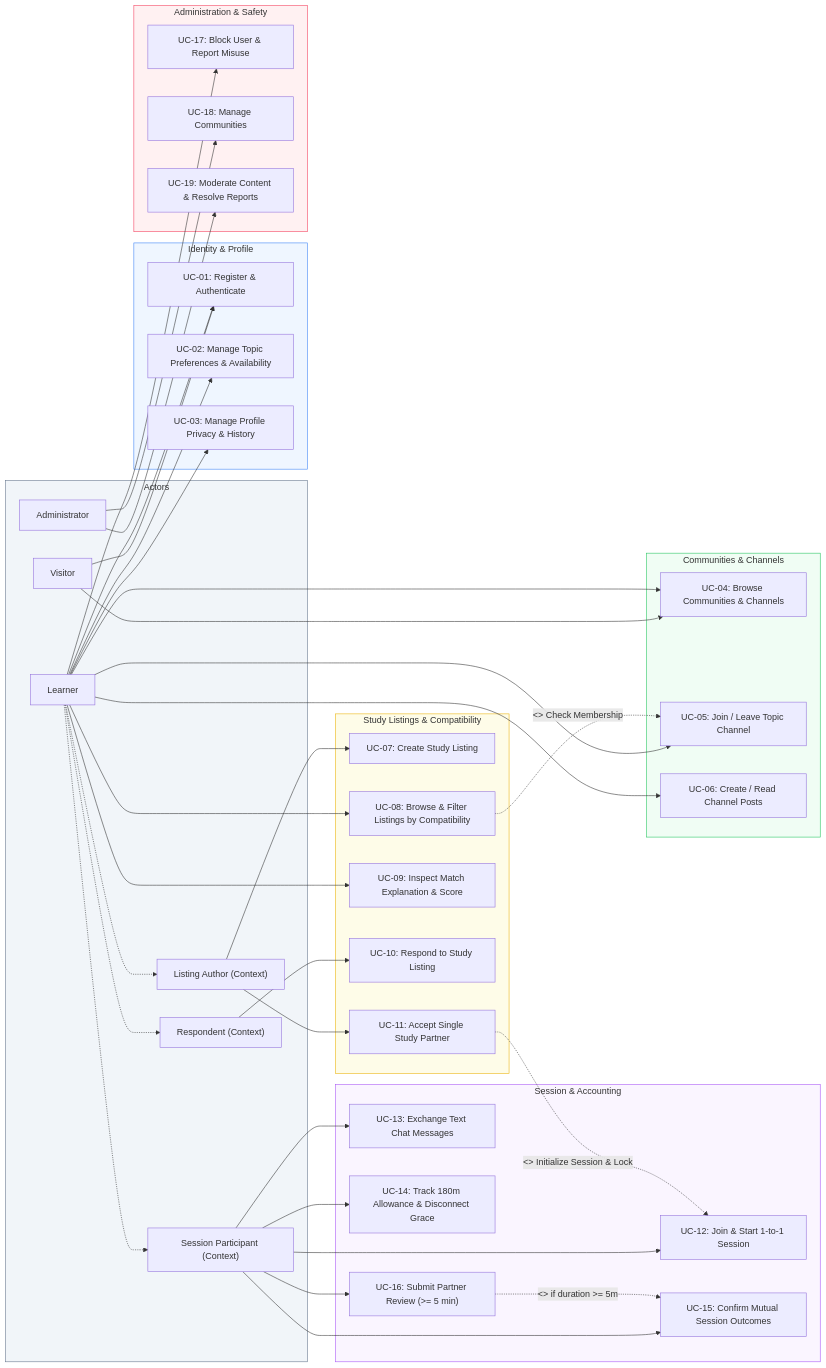
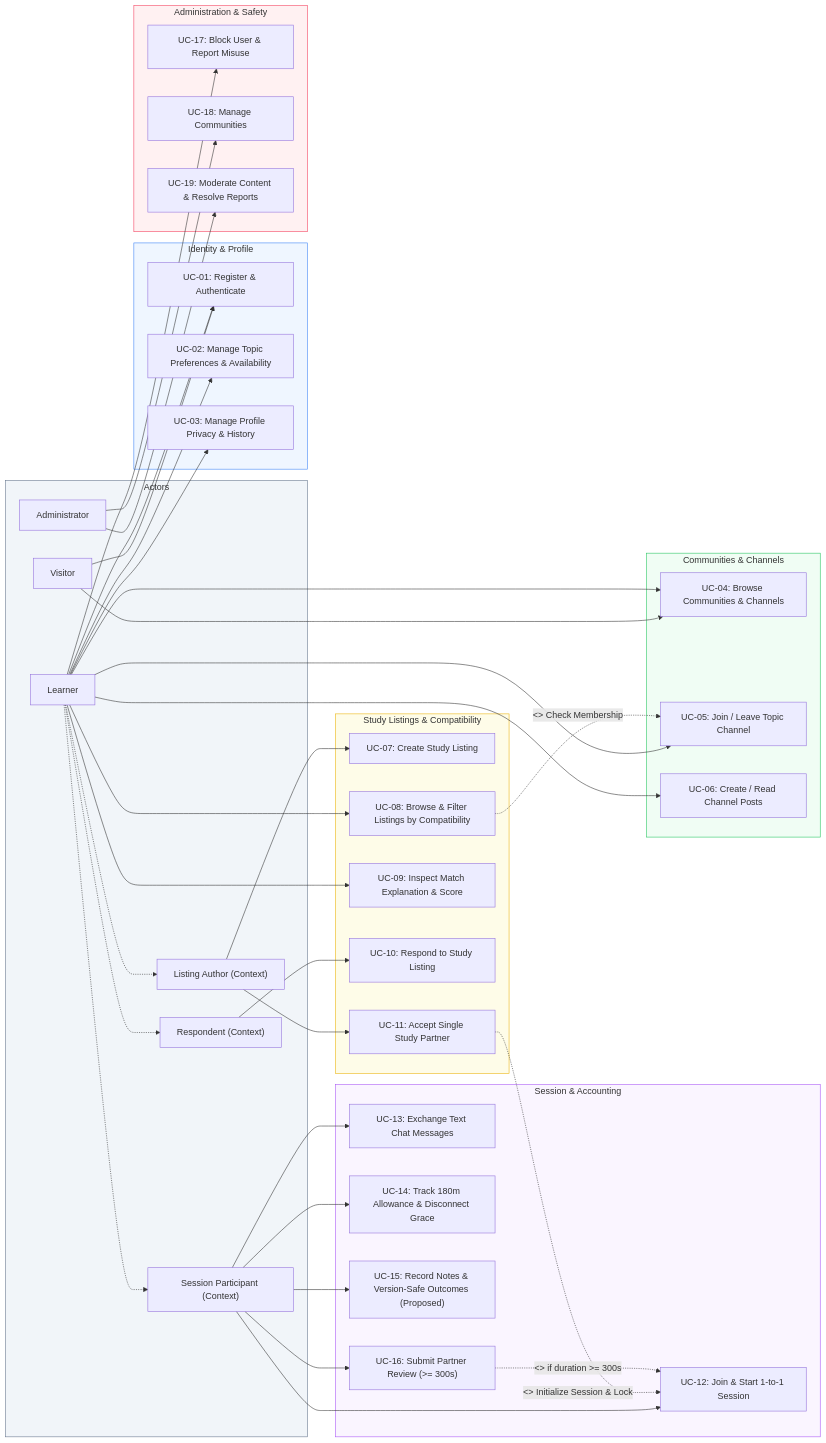
One commit to belozov/peer-learning-platform changed the diagram in diagrams/src/use-case.mmd. Above: the diagram before and after it, drawn with Mermaid. The commit also changed 20 other files, not shown here.

```diff
--- a/diagrams/src/use-case.mmd
+++ b/diagrams/src/use-case.mmd
@@ -1,90 +1,90 @@
 graph LR
     %% Use Case Diagram
     %% Compatibility-Based Peer Learning Platform
 
     subgraph Actors["Actors"]
         V["Visitor"]
         L["Learner"]
         LA["Listing Author (Context)"]
         R["Respondent (Context)"]
         SP["Session Participant (Context)"]
         A["Administrator"]
     end
 
     subgraph UC_Auth["Identity & Profile"]
         UC01["UC-01: Register & Authenticate"]
         UC02["UC-02: Manage Topic Preferences & Availability"]
         UC03["UC-03: Manage Profile Privacy & History"]
     end
 
     subgraph UC_Community["Communities & Channels"]
         UC04["UC-04: Browse Communities & Channels"]
         UC05["UC-05: Join / Leave Topic Channel"]
         UC06["UC-06: Create / Read Channel Posts"]
     end
 
     subgraph UC_Discovery["Study Listings & Compatibility"]
         UC07["UC-07: Create Study Listing"]
         UC08["UC-08: Browse & Filter Listings by Compatibility"]
         UC09["UC-09: Inspect Match Explanation & Score"]
         UC10["UC-10: Respond to Study Listing"]
         UC11["UC-11: Accept Single Study Partner"]
     end
 
     subgraph UC_Session["Session & Accounting"]
         UC12["UC-12: Join & Start 1-to-1 Session"]
         UC13["UC-13: Exchange Text Chat Messages"]
         UC14["UC-14: Track 180m Allowance & Disconnect Grace"]
-        UC15["UC-15: Confirm Mutual Session Outcomes"]
-        UC16["UC-16: Submit Partner Review (>= 5 min)"]
+        UC15["UC-15: Record Notes & Version-Safe Outcomes (Proposed)"]
+        UC16["UC-16: Submit Partner Review (>= 300s)"]
     end
 
     subgraph UC_Admin["Administration & Safety"]
         UC17["UC-17: Block User & Report Misuse"]
         UC18["UC-18: Manage Communities"]
         UC19["UC-19: Moderate Content & Resolve Reports"]
     end
 
     %% Actor Connections
     V --> UC01
     V --> UC04
 
     L --> UC01
     L --> UC02
     L --> UC03
     L --> UC04
     L --> UC05
     L --> UC06
     L --> UC08
     L --> UC09
     L --> UC17
 
     L -.-> LA
     L -.-> R
     L -.-> SP
 
     LA --> UC07
     LA --> UC11
 
     R --> UC10
 
     SP --> UC12
     SP --> UC13
     SP --> UC14
     SP --> UC15
     SP --> UC16
 
     A --> UC18
     A --> UC19
 
     %% Includes & Extends
     UC08 -.->|"<<include>> Check Membership"| UC05
     UC11 -.->|"<<include>> Initialize Session & Lock"| UC12
-    UC16 -.->|"<<extend>> if duration >= 5m"| UC15
+    UC16 -.->|"<<extend>> if duration >= 300s"| UC12
 
     style Actors fill:#f1f5f9,stroke:#64748b,stroke-width:1px;
     style UC_Auth fill:#eff6ff,stroke:#3b82f6,stroke-width:1px;
     style UC_Community fill:#f0fdf4,stroke:#22c55e,stroke-width:1px;
     style UC_Discovery fill:#fefce8,stroke:#eab308,stroke-width:1px;
     style UC_Session fill:#faf5ff,stroke:#a855f7,stroke-width:1px;
     style UC_Admin fill:#fff1f2,stroke:#f43f5e,stroke-width:1px;
```
